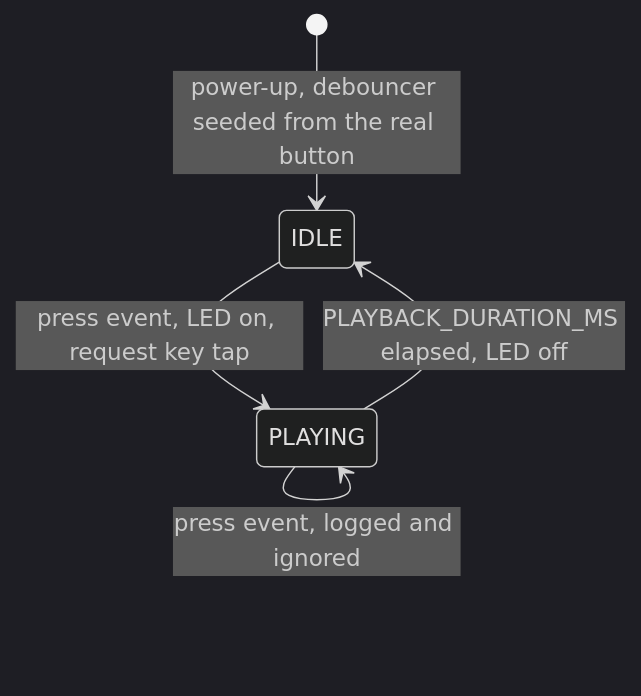
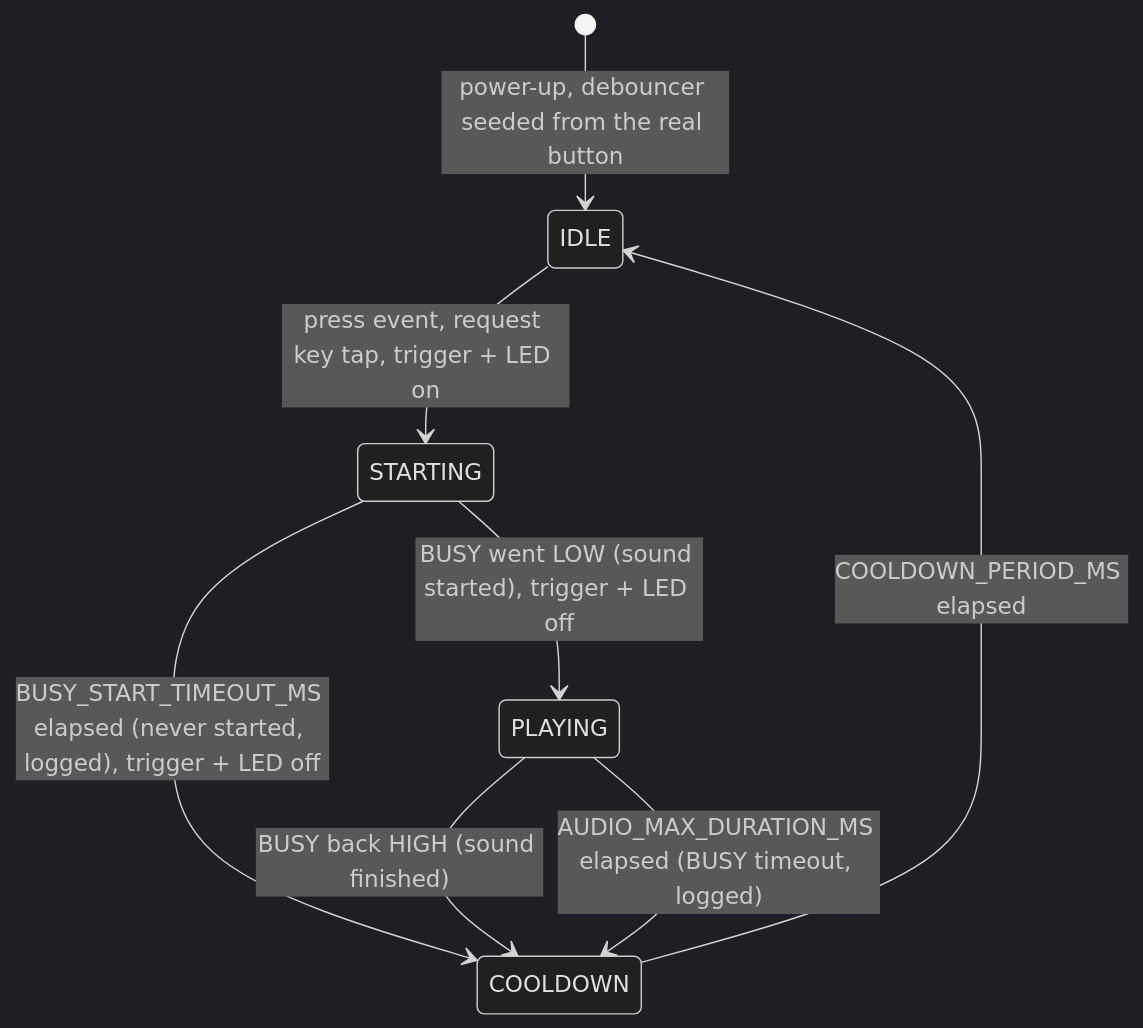
The diagram in README.md (iwonder77/MAL-trigger-firmware), drawn with Mermaid (dark theme) before and after one commit. The commit also changed other lines of this file and 1 other file, not shown here.

First line of the commit message:
feat: trigger DY-HV20T sound module and lock out button presses on BUSY line, new state machine to handle edge cases with this new wiring addition

````diff
--- a/README.md
+++ b/README.md
@@ -29,7 +55,10 @@
 ```mermaid
 stateDiagram-v2
     [*] --> IDLE: power-up, debouncer seeded from the real button
-    IDLE --> PLAYING: press event, LED on, request key tap
-    PLAYING --> PLAYING: press event, logged and ignored
-    PLAYING --> IDLE: PLAYBACK_DURATION_MS elapsed, LED off
+    IDLE --> STARTING: press event, request key tap, trigger + LED on
+    STARTING --> PLAYING: BUSY went LOW (sound started), trigger + LED off
+    STARTING --> COOLDOWN: BUSY_START_TIMEOUT_MS elapsed (never started, logged), trigger + LED off
+    PLAYING --> COOLDOWN: BUSY back HIGH (sound finished)
+    PLAYING --> COOLDOWN: AUDIO_MAX_DURATION_MS elapsed (BUSY timeout, logged)
+    COOLDOWN --> IDLE: COOLDOWN_PERIOD_MS elapsed
 ```
````
